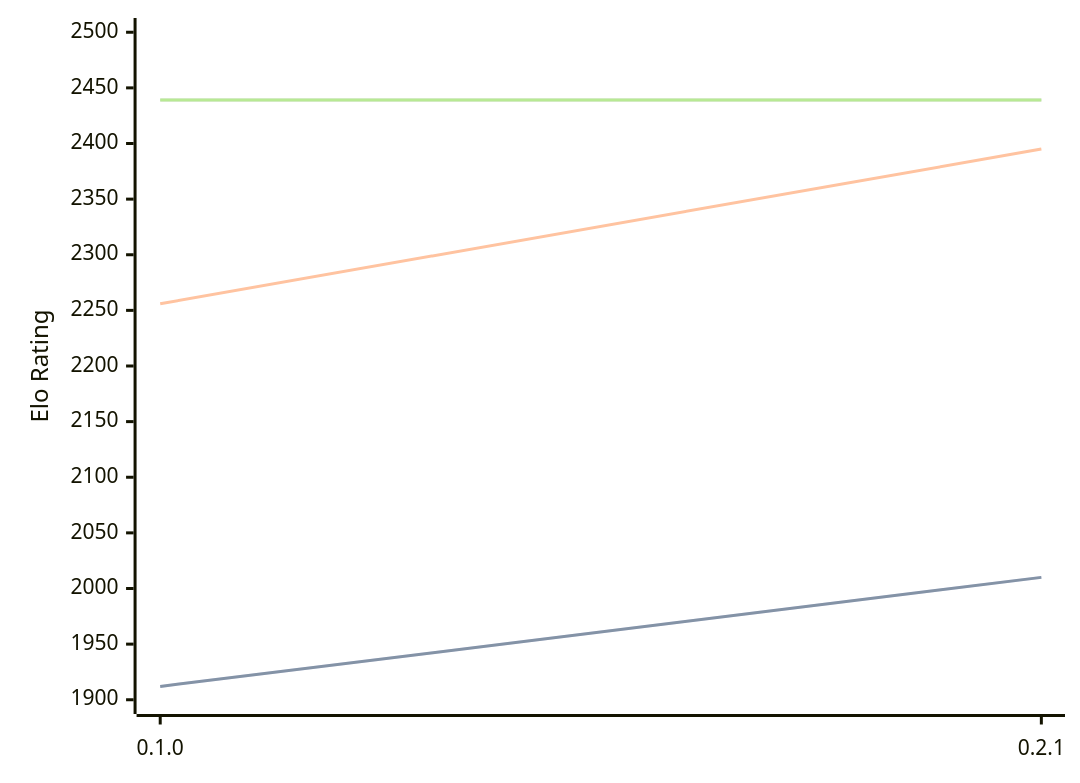
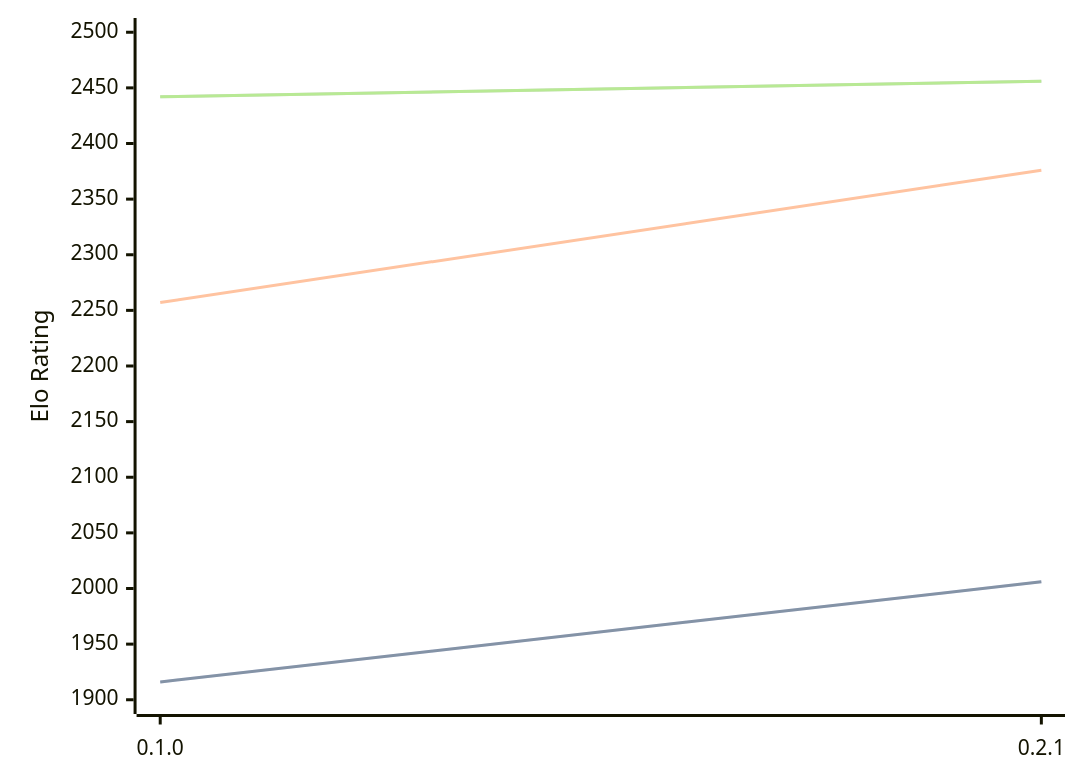
One commit to computer-chess-index/cci changed the diagram in engines/Sykora.md. Above: the diagram before and after it, drawn with Mermaid. The commit also changed other lines of this file, not shown here.

Commit message:
Update CCI Ratings (ELO VLTC) - 2026-03-29

````diff
--- a/engines/Sykora.md
+++ b/engines/Sykora.md
@@ -33,11 +33,11 @@
 ```mermaid
 %%{init: {"theme":"base","themeVariables":{"seriesColors:['#a3a3a3','#222221','#faa371']}}}%%
 xychart-beta
   x-axis ["0.1.0", "0.2.1"]
   y-axis "Elo Rating" 1900 --> 2500
-  line "STC (8.0+0.08s)" [1912, 2010]
-  line "STC (8.0+0.08s)" [1912, 2010]
-  line "LTC (60.0+0.60s)" [2256, 2395]
-  line "VLTC (2m24s+1.12s)" [2439, 2439]
-  line "VLTC (2m24s+1.12s)" [2439, 2439]
+  line "STC (8.0+0.08s)" [1916, 2006]
+  line "STC (8.0+0.08s)" [1916, 2006]
+  line "LTC (60.0+0.60s)" [2257, 2376]
+  line "VLTC (2m24s+1.12s)" [2442, 2456]
+  line "VLTC (2m24s+1.12s)" [2442, 2456]
 ```
````
